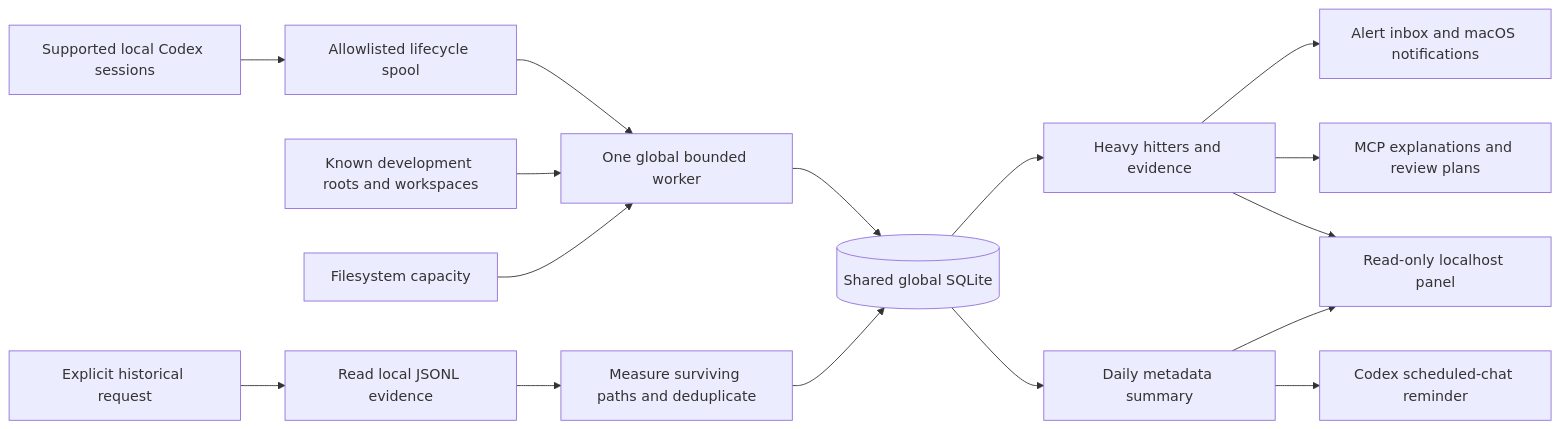
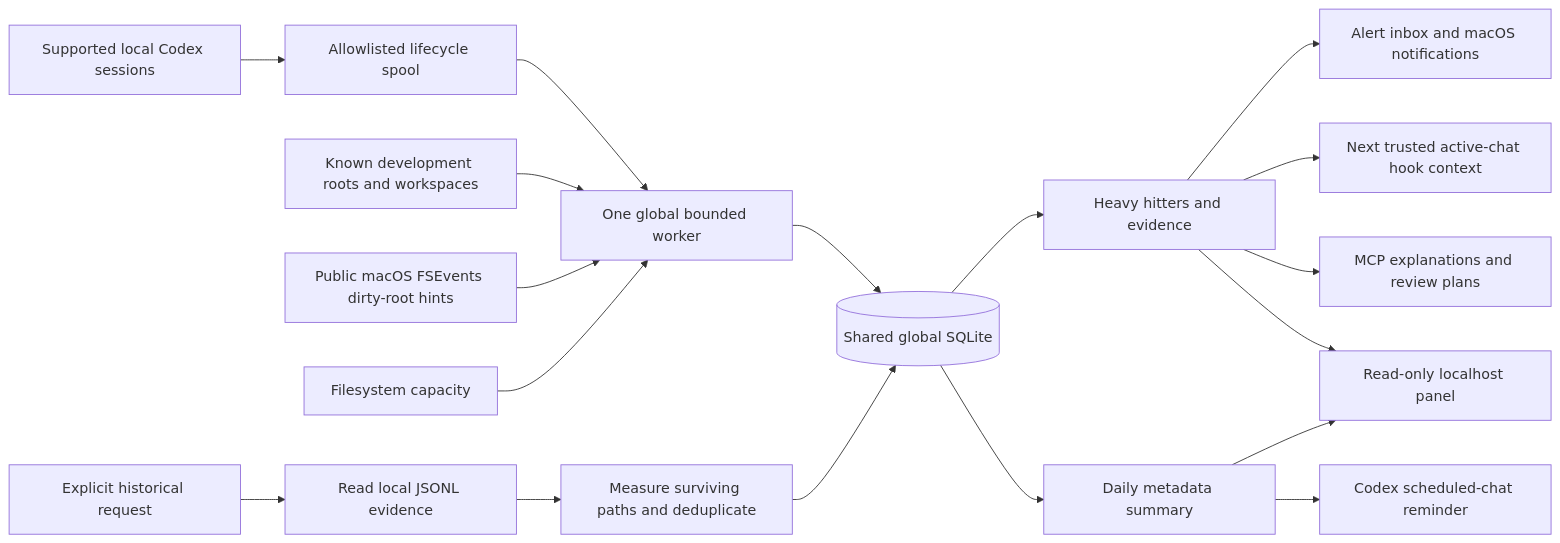
The diagram in plugins/codex-footprint/docs/architecture.md (wxy/WXY-Codex-Plugins), drawn with Mermaid before and after one commit. The commit also changed other lines of this file and 26 other files, not shown here.

Commit message:
Add native file-event monitoring, longer charts and Codex hook notices

````diff
--- a/plugins/codex-footprint/docs/architecture.md
+++ b/plugins/codex-footprint/docs/architecture.md
@@ -5,18 +5,20 @@
 ```mermaid
 flowchart LR
   C[Supported local Codex sessions] --> H[Allowlisted lifecycle spool]
   H --> W[One global bounded worker]
   D[Known development roots and workspaces] --> W
+  F[Public macOS FSEvents dirty-root hints] --> W
   V[Filesystem capacity] --> W
   W --> DB[(Shared global SQLite)]
   U[Explicit historical request] --> A[Read local JSONL evidence]
   A --> X[Measure surviving paths and deduplicate]
   X --> DB
   DB --> E[Heavy hitters and evidence]
   E --> N[Alert inbox and macOS notifications]
+  E --> HC[Next trusted active-chat hook context]
   E --> M[MCP explanations and review plans]
   E --> P[Read-only localhost panel]
   DB --> R[Daily metadata summary]
   R --> P
   R --> S[Codex scheduled-chat reminder]
 ```
````
